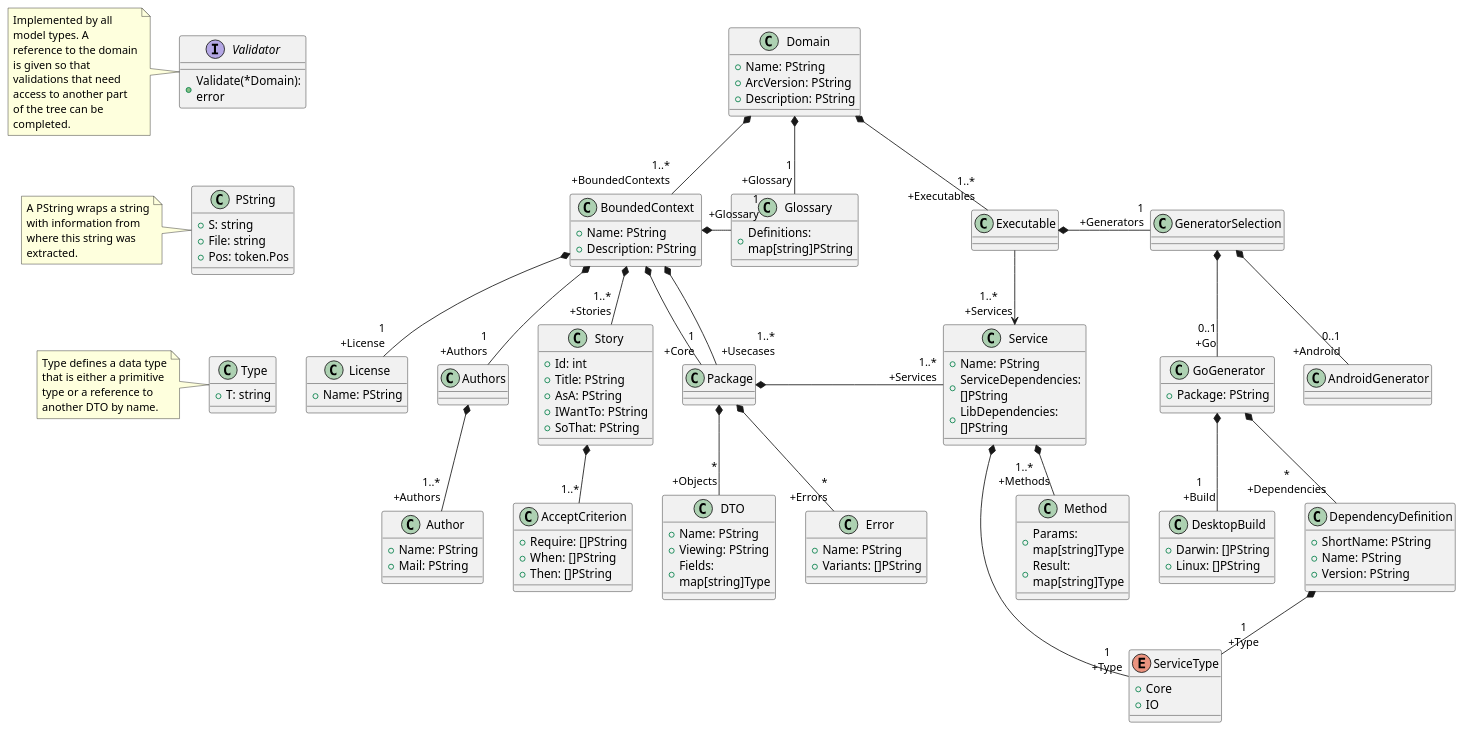
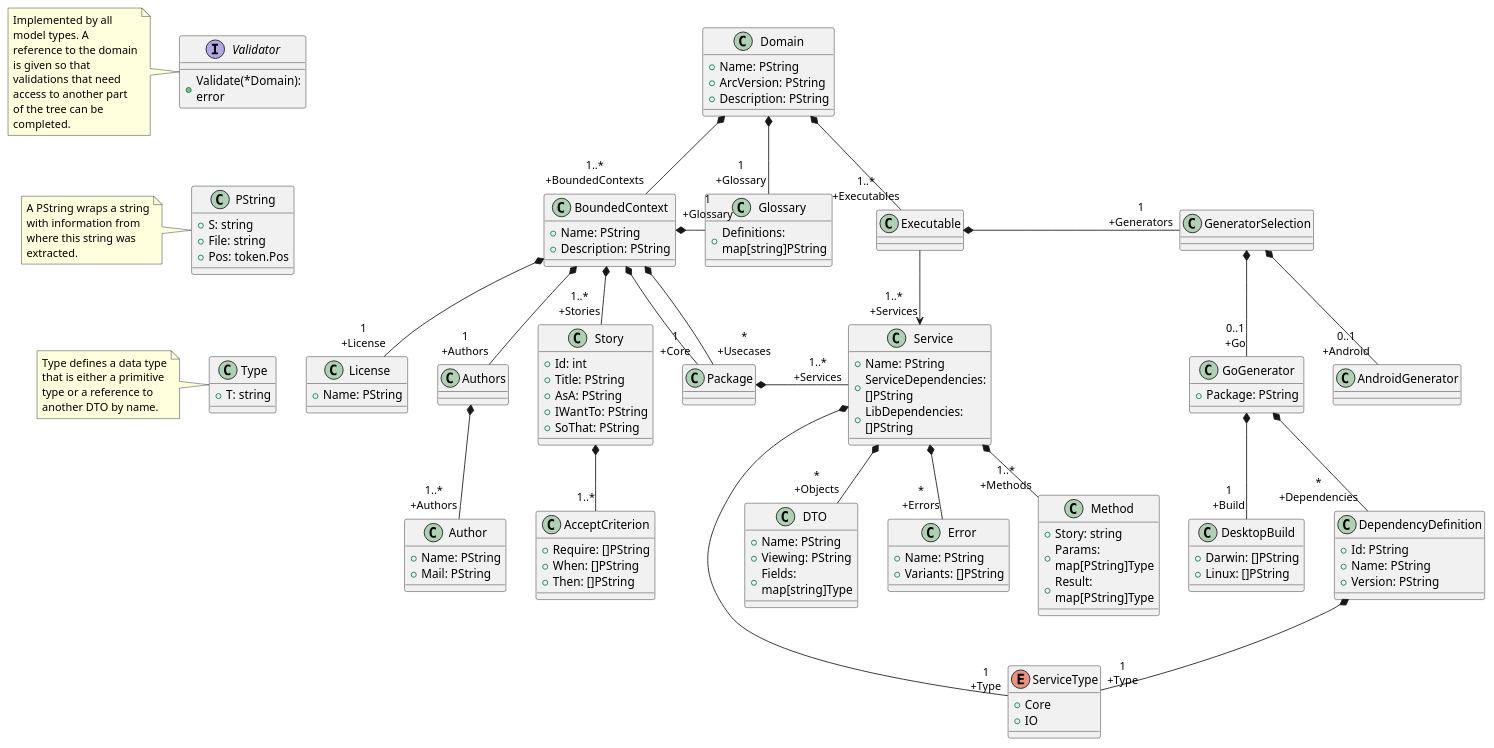
One commit to golangee/architecture changed the diagram in docs/Architecture_Model.puml. Above: the diagram before and after it, drawn with PlantUML. The commit also changed 8 other files, not shown here.

```diff
--- a/docs/Architecture_Model.puml
+++ b/docs/Architecture_Model.puml
@@ -1,145 +1,146 @@
 @startuml Architecture_Model
 
 skinparam {
     wrapWidth 150
 }
 
 interface Validator {
     + Validate(*Domain): error
 }
 note left
     Implemented by all model types. A reference to the domain is given so that validations that need access to another part of the tree can be completed.
 end note
 
 class Type {
     + T: string
 }
 note left
     Type defines a data type that is either a primitive type or a reference to another DTO by name.
 end note
 
 class PString {
     + S: string
     + File: string
     + Pos: token.Pos
 }
 note left
     A PString wraps a string with information from where this string was extracted.
 end note
 
 ' Some hidden arrows to lay out the lonely types.
 Validator -[hidden]-> PString
 PString -[hidden]-> Type
 
 class Domain {
     + Name: PString
     + ArcVersion: PString
     + Description: PString
 }
-Domain *- "1\r+Glossary" Glossary
-Domain *-- "1..*\r+BoundedContexts" BoundedContext
-Domain *-- "1..*\r+Executables" Executable
+Domain *- "1\n+Glossary" Glossary
+Domain *-- "1..*\n+BoundedContexts" BoundedContext
+Domain *-- "1..*\n+Executables" Executable
 
 class BoundedContext {
     + Name: PString
     + Description: PString
 }
-BoundedContext *-- "1\r+License" License
-BoundedContext *-- "1\r+Authors" Authors
-BoundedContext *-- "1..*\r+Stories" Story
-BoundedContext *- "1\r+Glossary" Glossary
-BoundedContext *-- "1\r+Core" Package
-BoundedContext *-- "1..*\r+Usecases" Package
+BoundedContext *-- "1\n+License" License
+BoundedContext *-- "1\n+Authors" Authors
+BoundedContext *-- "1..*\n+Stories" Story
+BoundedContext *- "1\n+Glossary" Glossary
+BoundedContext *-- "1\n+Core" Package
+BoundedContext *-- "*\n+Usecases" Package
 
 class Package {}
-Package *-- "*\r+Objects" DTO
-Package *-- "*\r+Errors" Error
-Package *-[norank]- "1..*\r+Services" Service
+Package *-[norank]- "1..*\n+Services" Service
 
 class Authors {}
-Authors *-- "1..*\r+Authors" Author
+Authors *-- "1..*\n+Authors" Author
 
 class Author {
     + Name: PString
     + Mail: PString
 }
 
 class License {
     + Name: PString
 }
 
 class Glossary {
     +Definitions: map[string]PString
 }
 
 class Story {
     + Id: int
     + Title: PString
     + AsA: PString
     + IWantTo: PString
     + SoThat: PString
 }
 Story *-- "1..*" AcceptCriterion
 
 class AcceptCriterion {
     + Require: []PString
     + When: []PString
     + Then: []PString
 }
 
 class GeneratorSelection {}
-GeneratorSelection *-- "0..1\r+Go" GoGenerator
-GeneratorSelection *-- "0..1\r+Android" AndroidGenerator
+GeneratorSelection *-- "0..1\n+Go" GoGenerator
+GeneratorSelection *-- "0..1\n+Android" AndroidGenerator
 
 class GoGenerator {
     + Package: PString
 }
 GoGenerator *-- "1\n+Build" DesktopBuild
 GoGenerator *-- "*\n+Dependencies" DependencyDefinition
 
 class DependencyDefinition {
-    + ShortName: PString
+    + Id: PString
     + Name: PString
     + Version: PString
 }
 DependencyDefinition *-- "1\n+Type" ServiceType
 
 class DesktopBuild {
     + Darwin: []PString
     + Linux: []PString
 }
 
 class DTO {
     + Name: PString
     + Viewing: PString
     + Fields: map[string]Type
 }
 
 class Error {
     + Name: PString
     + Variants: []PString
 }
 
 class Service {
     + Name: PString
     + ServiceDependencies: []PString
     + LibDependencies: []PString
 }
 Service *-- "1..*\n+Methods" Method
 Service *-- "1\n+Type" ServiceType
+Service *-- "*\n+Objects" DTO
+Service *-- "*\n+Errors" Error
 
 enum ServiceType {
     + Core
     + IO
 }
 
 class Method {
-    +Params: map[string]Type
-    +Result: map[string]Type
+    + Story: string
+    + Params: map[PString]Type
+    + Result: map[PString]Type
 }
 
 class Executable {}
 Executable --> "1..*\n+Services" Service
-Executable *- "1\r+Generators" GeneratorSelection
+Executable *- "1\n+Generators" GeneratorSelection
 
 @enduml
```
